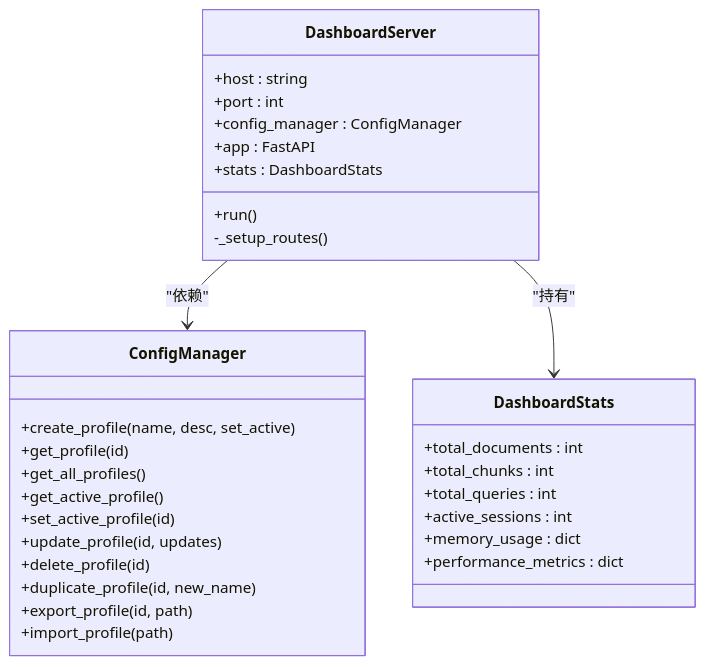
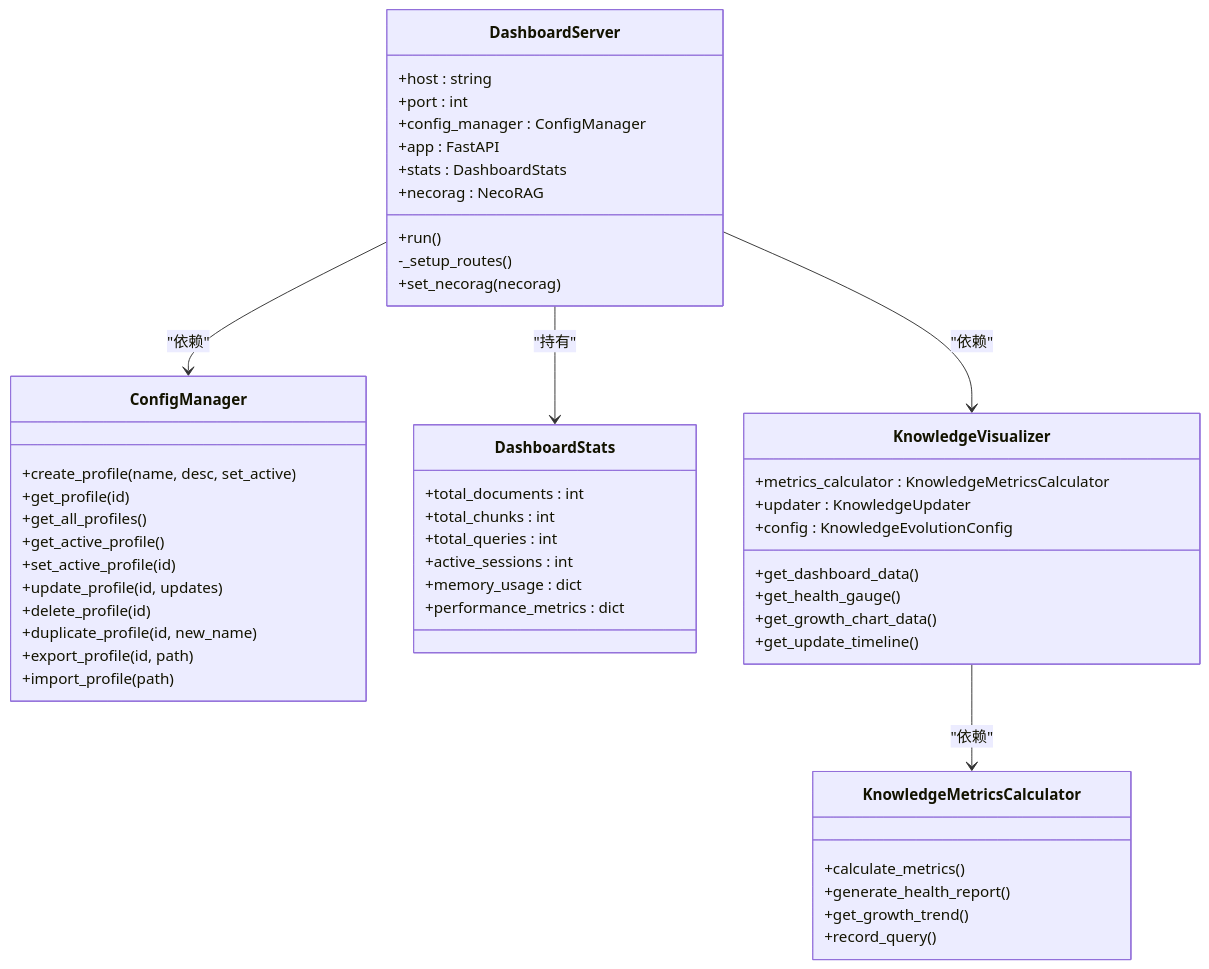
One commit to JieGaoPrinceton/NecoRAG changed the third of 9 diagrams in .qoder/repowiki/zh/content/仪表板系统/仪表板系统.md. Above: the diagram before and after it, drawn with Mermaid. The commit also changed other lines of this file and 15 other files, not shown here.

````diff
--- a/.qoder/repowiki/zh/content/仪表板系统/仪表板系统.md
+++ b/.qoder/repowiki/zh/content/仪表板系统/仪表板系统.md
@@ -157,34 +175,53 @@
 ```mermaid
 classDiagram
 class DashboardServer {
 +host : string
 +port : int
 +config_manager : ConfigManager
 +app : FastAPI
 +stats : DashboardStats
++necorag : NecoRAG
 +run()
 -_setup_routes()
++set_necorag(necorag)
 }
 class ConfigManager {
 +create_profile(name, desc, set_active)
 +get_profile(id)
 +get_all_profiles()
 +get_active_profile()
 +set_active_profile(id)
 +update_profile(id, updates)
 +delete_profile(id)
 +duplicate_profile(id, new_name)
 +export_profile(id, path)
 +import_profile(path)
 }
 class DashboardStats {
 +total_documents : int
 +total_chunks : int
 +total_queries : int
 +active_sessions : int
 +memory_usage : dict
 +performance_metrics : dict
 }
+class KnowledgeVisualizer {
++metrics_calculator : KnowledgeMetricsCalculator
++updater : KnowledgeUpdater
++config : KnowledgeEvolutionConfig
++get_dashboard_data()
++get_health_gauge()
++get_growth_chart_data()
++get_update_timeline()
+}
+class KnowledgeMetricsCalculator {
++calculate_metrics()
++generate_health_report()
++get_growth_trend()
++record_query()
+}
 DashboardServer --> ConfigManager : "依赖"
 DashboardServer --> DashboardStats : "持有"
+DashboardServer --> KnowledgeVisualizer : "依赖"
+KnowledgeVisualizer --> KnowledgeMetricsCalculator : "依赖"
 ```
````
